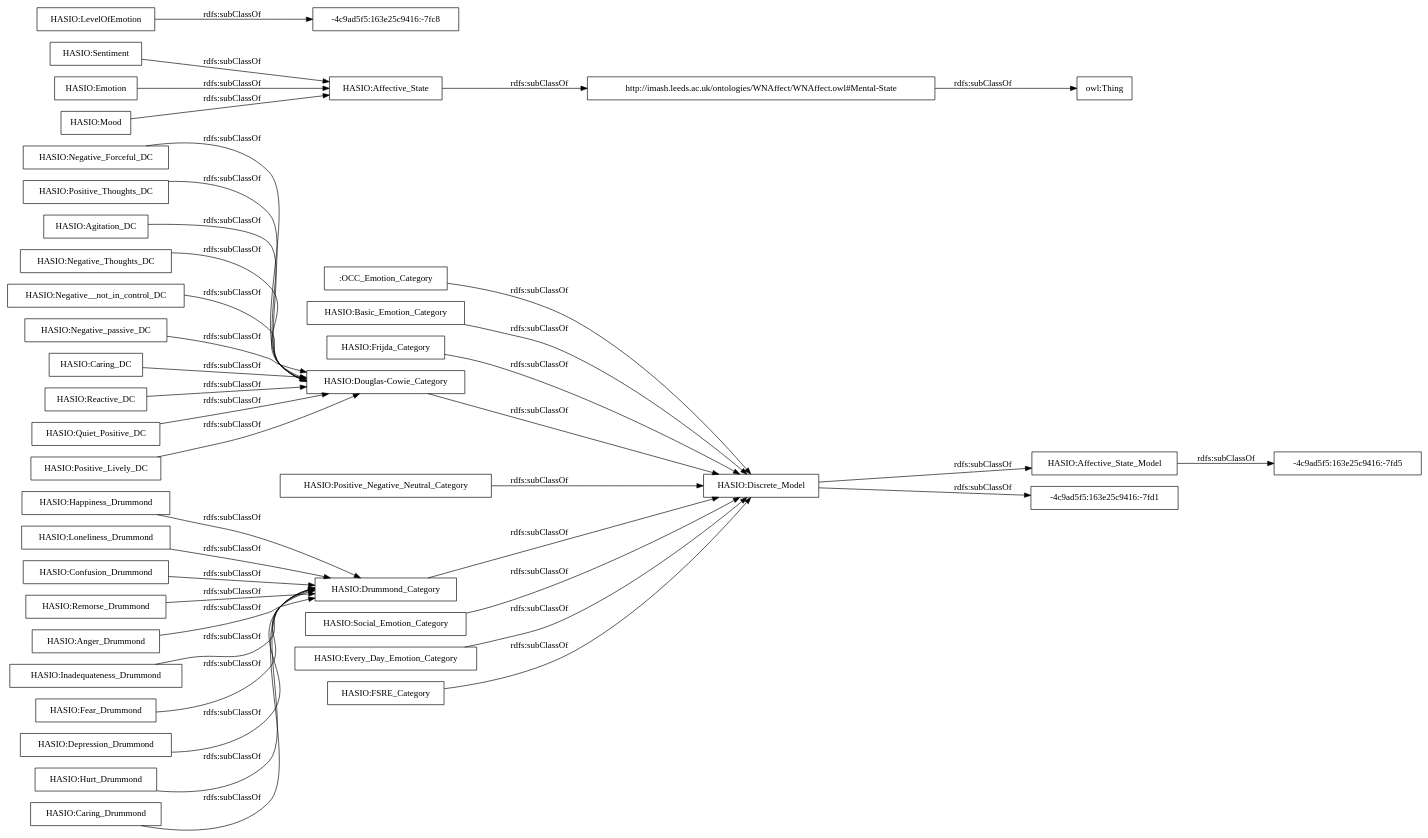
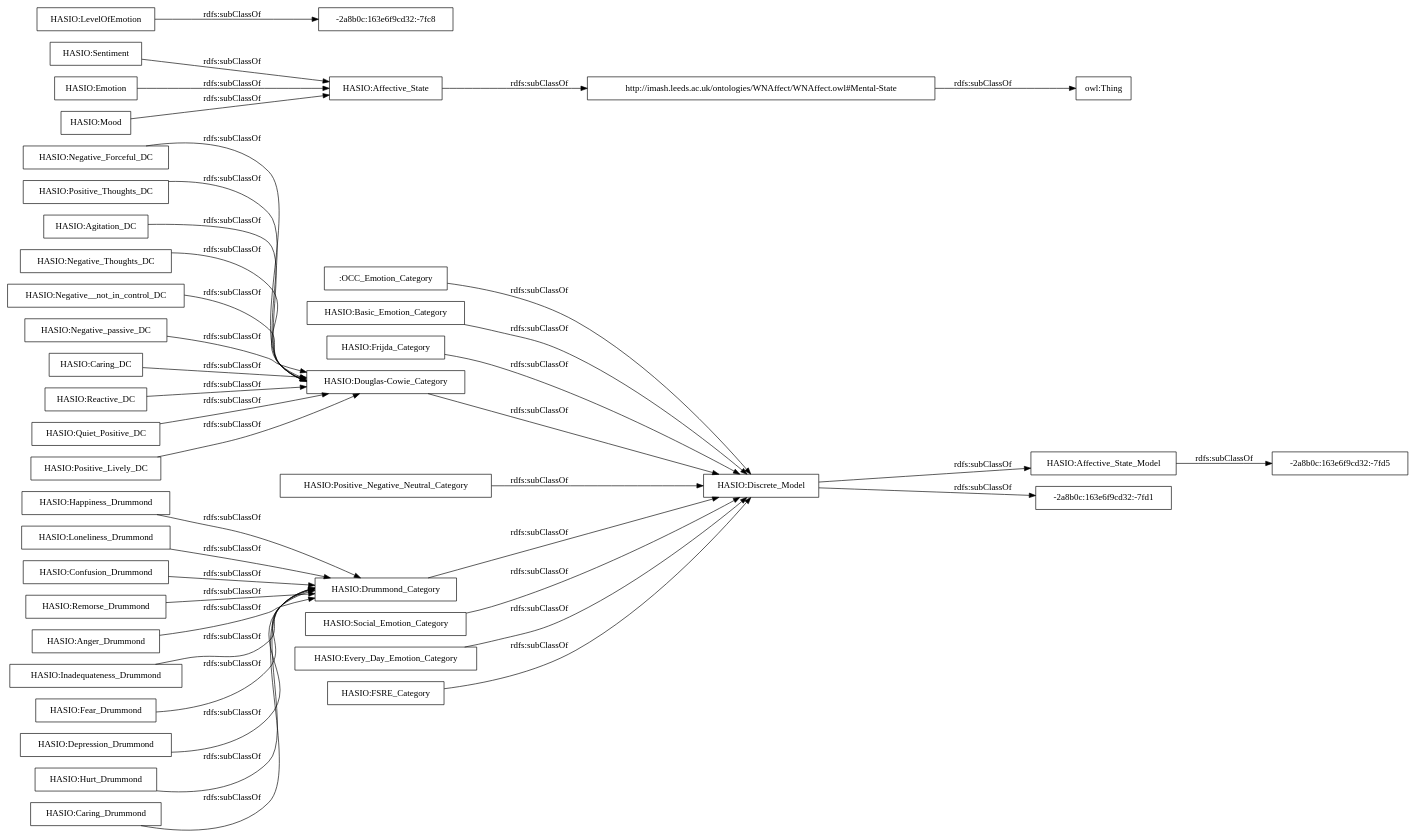
One commit to rana-othman/HASIO-Modularization changed the diagram in OnToology/Affective_States_Discrete_Model_Module.owl/diagrams/ar2dtool-taxonomy/Affective_States_Discrete_Model_Module.owl.png.dot. Above: the diagram before and after it, drawn with Graphviz. The commit also changed 97 other files, not shown here.

```diff
--- a/OnToology/Affective_States_Discrete_Model_Module.owl/diagrams/ar2dtool-taxonomy/Affective_States_Discrete_Model_Module.owl.png.dot
+++ b/OnToology/Affective_States_Discrete_Model_Module.owl/diagrams/ar2dtool-taxonomy/Affective_States_Discrete_Model_Module.owl.png.dot
@@ -1,44 +1,44 @@
 digraph ar2dtool_diagram { 
 rankdir=LR;
 size="1000"
-node [shape = rectangle, color="black"]; ":OCC_Emotion_Category" "HASIO:Happiness_Drummond" "HASIO:Basic_Emotion_Category" "HASIO:Negative_Forceful_DC" "HASIO:Affective_State_Model" "HASIO:Loneliness_Drummond" "HASIO:Positive_Thoughts_DC" "HASIO:Sentiment" "HASIO:Agitation_DC" "HASIO:Emotion" "HASIO:Affective_State" "HASIO:LevelOfEmotion" "http://imash.leeds.ac.uk/ontologies/WNAffect/WNAffect.owl#Mental-State" "HASIO:Confusion_Drummond" "-4c9ad5f5:163e25c9416:-7fd1" "HASIO:Mood" "HASIO:Frijda_Category" "HASIO:Douglas-Cowie_Category" "HASIO:Remorse_Drummond" "-4c9ad5f5:163e25c9416:-7fc8" "HASIO:Anger_Drummond" "HASIO:Inadequateness_Drummond" "HASIO:Negative_Thoughts_DC" "HASIO:Negative__not_in_control_DC" "HASIO:Fear_Drummond" "HASIO:Positive_Negative_Neutral_Category" "-4c9ad5f5:163e25c9416:-7fd5" "HASIO:Depression_Drummond" "HASIO:Drummond_Category" "HASIO:Hurt_Drummond" "HASIO:Social_Emotion_Category" "HASIO:Negative_passive_DC" "HASIO:Caring_DC" "HASIO:Caring_Drummond" "HASIO:Reactive_DC" "HASIO:Quiet_Positive_DC" "HASIO:Every_Day_Emotion_Category" "HASIO:Discrete_Model" "HASIO:Positive_Lively_DC" "HASIO:FSRE_Category" ; /*classes style*/
+node [shape = rectangle, color="black"]; ":OCC_Emotion_Category" "HASIO:Happiness_Drummond" "HASIO:Basic_Emotion_Category" "HASIO:Negative_Forceful_DC" "HASIO:Affective_State_Model" "HASIO:Loneliness_Drummond" "HASIO:Positive_Thoughts_DC" "HASIO:Sentiment" "HASIO:Agitation_DC" "HASIO:Emotion" "HASIO:Affective_State" "HASIO:LevelOfEmotion" "http://imash.leeds.ac.uk/ontologies/WNAffect/WNAffect.owl#Mental-State" "HASIO:Confusion_Drummond" "HASIO:Mood" "HASIO:Frijda_Category" "HASIO:Douglas-Cowie_Category" "HASIO:Remorse_Drummond" "HASIO:Anger_Drummond" "HASIO:Inadequateness_Drummond" "HASIO:Negative_Thoughts_DC" "-2a8b0c:163e6f9cd32:-7fc8" "HASIO:Negative__not_in_control_DC" "HASIO:Fear_Drummond" "HASIO:Positive_Negative_Neutral_Category" "-2a8b0c:163e6f9cd32:-7fd1" "HASIO:Depression_Drummond" "HASIO:Drummond_Category" "-2a8b0c:163e6f9cd32:-7fd5" "HASIO:Hurt_Drummond" "HASIO:Social_Emotion_Category" "HASIO:Negative_passive_DC" "HASIO:Caring_DC" "HASIO:Caring_Drummond" "HASIO:Reactive_DC" "HASIO:Quiet_Positive_DC" "HASIO:Every_Day_Emotion_Category" "HASIO:Discrete_Model" "HASIO:Positive_Lively_DC" "HASIO:FSRE_Category" ; /*classes style*/
 	"HASIO:Positive_Negative_Neutral_Category" -> "HASIO:Discrete_Model" [ label = "rdfs:subClassOf" ];
 	"HASIO:Loneliness_Drummond" -> "HASIO:Drummond_Category" [ label = "rdfs:subClassOf" ];
 	"HASIO:Anger_Drummond" -> "HASIO:Drummond_Category" [ label = "rdfs:subClassOf" ];
 	"HASIO:Every_Day_Emotion_Category" -> "HASIO:Discrete_Model" [ label = "rdfs:subClassOf" ];
 	"HASIO:Negative__not_in_control_DC" -> "HASIO:Douglas-Cowie_Category" [ label = "rdfs:subClassOf" ];
 	"HASIO:Negative_Forceful_DC" -> "HASIO:Douglas-Cowie_Category" [ label = "rdfs:subClassOf" ];
 	"HASIO:Basic_Emotion_Category" -> "HASIO:Discrete_Model" [ label = "rdfs:subClassOf" ];
 	"HASIO:Emotion" -> "HASIO:Affective_State" [ label = "rdfs:subClassOf" ];
 	"HASIO:Social_Emotion_Category" -> "HASIO:Discrete_Model" [ label = "rdfs:subClassOf" ];
 	"http://imash.leeds.ac.uk/ontologies/WNAffect/WNAffect.owl#Mental-State" -> "owl:Thing" [ label = "rdfs:subClassOf" ];
-	"HASIO:Discrete_Model" -> "-4c9ad5f5:163e25c9416:-7fd1" [ label = "rdfs:subClassOf" ];
+	"HASIO:Discrete_Model" -> "-2a8b0c:163e6f9cd32:-7fd1" [ label = "rdfs:subClassOf" ];
 	"HASIO:Discrete_Model" -> "HASIO:Affective_State_Model" [ label = "rdfs:subClassOf" ];
 	"HASIO:Frijda_Category" -> "HASIO:Discrete_Model" [ label = "rdfs:subClassOf" ];
 	"HASIO:Reactive_DC" -> "HASIO:Douglas-Cowie_Category" [ label = "rdfs:subClassOf" ];
 	"HASIO:Quiet_Positive_DC" -> "HASIO:Douglas-Cowie_Category" [ label = "rdfs:subClassOf" ];
 	"HASIO:Hurt_Drummond" -> "HASIO:Drummond_Category" [ label = "rdfs:subClassOf" ];
 	"HASIO:Depression_Drummond" -> "HASIO:Drummond_Category" [ label = "rdfs:subClassOf" ];
 	"HASIO:Sentiment" -> "HASIO:Affective_State" [ label = "rdfs:subClassOf" ];
 	"HASIO:Inadequateness_Drummond" -> "HASIO:Drummond_Category" [ label = "rdfs:subClassOf" ];
 	"HASIO:Douglas-Cowie_Category" -> "HASIO:Discrete_Model" [ label = "rdfs:subClassOf" ];
 	"HASIO:Caring_DC" -> "HASIO:Douglas-Cowie_Category" [ label = "rdfs:subClassOf" ];
 	"HASIO:Positive_Lively_DC" -> "HASIO:Douglas-Cowie_Category" [ label = "rdfs:subClassOf" ];
 	"HASIO:Affective_State" -> "http://imash.leeds.ac.uk/ontologies/WNAffect/WNAffect.owl#Mental-State" [ label = "rdfs:subClassOf" ];
 	"HASIO:Caring_Drummond" -> "HASIO:Drummond_Category" [ label = "rdfs:subClassOf" ];
 	":OCC_Emotion_Category" -> "HASIO:Discrete_Model" [ label = "rdfs:subClassOf" ];
 	"HASIO:Happiness_Drummond" -> "HASIO:Drummond_Category" [ label = "rdfs:subClassOf" ];
-	"HASIO:LevelOfEmotion" -> "-4c9ad5f5:163e25c9416:-7fc8" [ label = "rdfs:subClassOf" ];
+	"HASIO:LevelOfEmotion" -> "-2a8b0c:163e6f9cd32:-7fc8" [ label = "rdfs:subClassOf" ];
 	"HASIO:Confusion_Drummond" -> "HASIO:Drummond_Category" [ label = "rdfs:subClassOf" ];
-	"HASIO:Affective_State_Model" -> "-4c9ad5f5:163e25c9416:-7fd5" [ label = "rdfs:subClassOf" ];
+	"HASIO:Affective_State_Model" -> "-2a8b0c:163e6f9cd32:-7fd5" [ label = "rdfs:subClassOf" ];
 	"HASIO:Negative_passive_DC" -> "HASIO:Douglas-Cowie_Category" [ label = "rdfs:subClassOf" ];
 	"HASIO:Positive_Thoughts_DC" -> "HASIO:Douglas-Cowie_Category" [ label = "rdfs:subClassOf" ];
 	"HASIO:FSRE_Category" -> "HASIO:Discrete_Model" [ label = "rdfs:subClassOf" ];
 	"HASIO:Fear_Drummond" -> "HASIO:Drummond_Category" [ label = "rdfs:subClassOf" ];
 	"HASIO:Mood" -> "HASIO:Affective_State" [ label = "rdfs:subClassOf" ];
 	"HASIO:Remorse_Drummond" -> "HASIO:Drummond_Category" [ label = "rdfs:subClassOf" ];
 	"HASIO:Agitation_DC" -> "HASIO:Douglas-Cowie_Category" [ label = "rdfs:subClassOf" ];
 	"HASIO:Drummond_Category" -> "HASIO:Discrete_Model" [ label = "rdfs:subClassOf" ];
 	"HASIO:Negative_Thoughts_DC" -> "HASIO:Douglas-Cowie_Category" [ label = "rdfs:subClassOf" ];
 
 }
```
